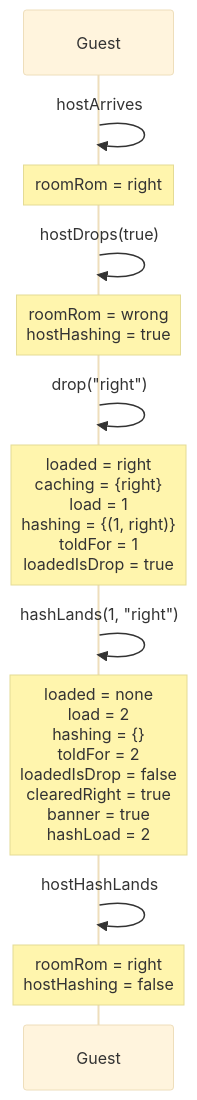
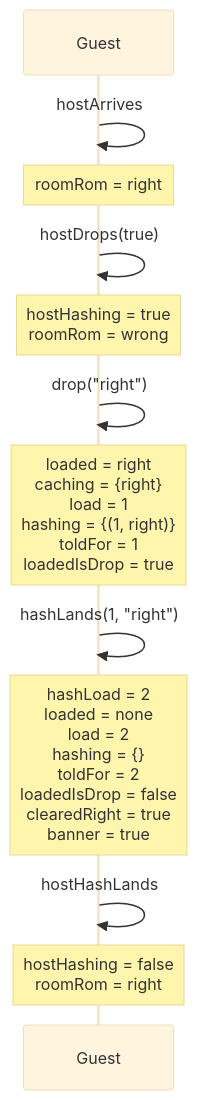
Diagram 22 of 27 in docs/spec-traces.md (kwilson21/kaillera-next), drawn with Mermaid (base theme) before and after one commit. The commit also changed other lines of this file, not shown here.

````diff
--- a/docs/spec-traces.md
+++ b/docs/spec-traces.md
@@ -612,14 +612,14 @@
 ```mermaid
 sequenceDiagram
   participant Guest
   Guest->>Guest: hostArrives
   Note over Guest: roomRom = right
   Guest->>Guest: hostDrops(true)
-  Note over Guest: roomRom = wrong<br/>hostHashing = true
+  Note over Guest: hostHashing = true<br/>roomRom = wrong
   Guest->>Guest: drop("right")
   Note over Guest: loaded = right<br/>caching = {right}<br/>load = 1<br/>hashing = {(1, right)}<br/>toldFor = 1<br/>loadedIsDrop = true
   Guest->>Guest: hashLands(1, "right")
-  Note over Guest: loaded = none<br/>load = 2<br/>hashing = {}<br/>toldFor = 2<br/>loadedIsDrop = false<br/>clearedRight = true<br/>banner = true<br/>hashLoad = 2
+  Note over Guest: hashLoad = 2<br/>loaded = none<br/>load = 2<br/>hashing = {}<br/>toldFor = 2<br/>loadedIsDrop = false<br/>clearedRight = true<br/>banner = true
   Guest->>Guest: hostHashLands
-  Note over Guest: roomRom = right<br/>hostHashing = false
+  Note over Guest: hostHashing = false<br/>roomRom = right
 ```
````
